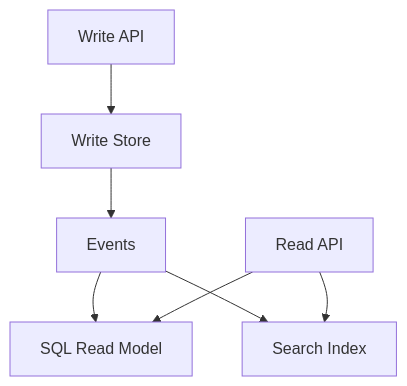
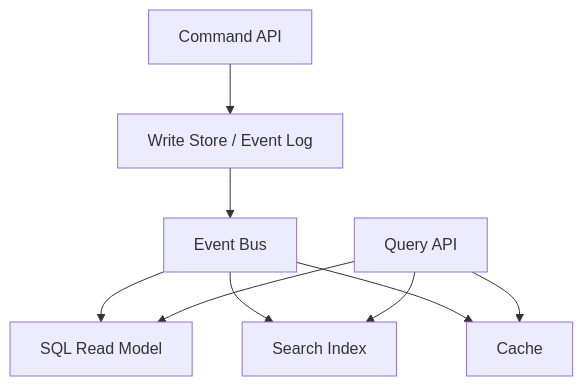
Diagram 21 of 27 in 06-messaging-and-events/README.md (hareramcse/SystemDesign), drawn with Mermaid before and after one commit. The commit also changed other lines of this file and 14 other files, not shown here.

````diff
--- a/06-messaging-and-events/README.md
+++ b/06-messaging-and-events/README.md
@@ -1126,9 +1320,11 @@
 ```mermaid
 flowchart TB
-    Write[Write API] --> WS[Write Store]
-    WS --> Events[Events]
-    Events --> RM1[SQL Read Model]
-    Events --> RM2[Search Index]
-    Read[Read API] --> RM1
-    Read --> RM2
+    Cmd[Command API] --> WS[Write Store / Event Log]
+    WS --> Bus[Event Bus]
+    Bus --> P1[SQL Read Model]
+    Bus --> P2[Search Index]
+    Bus --> P3[Cache]
+    Qry[Query API] --> P1
+    Qry --> P2
+    Qry --> P3
 ```
````
